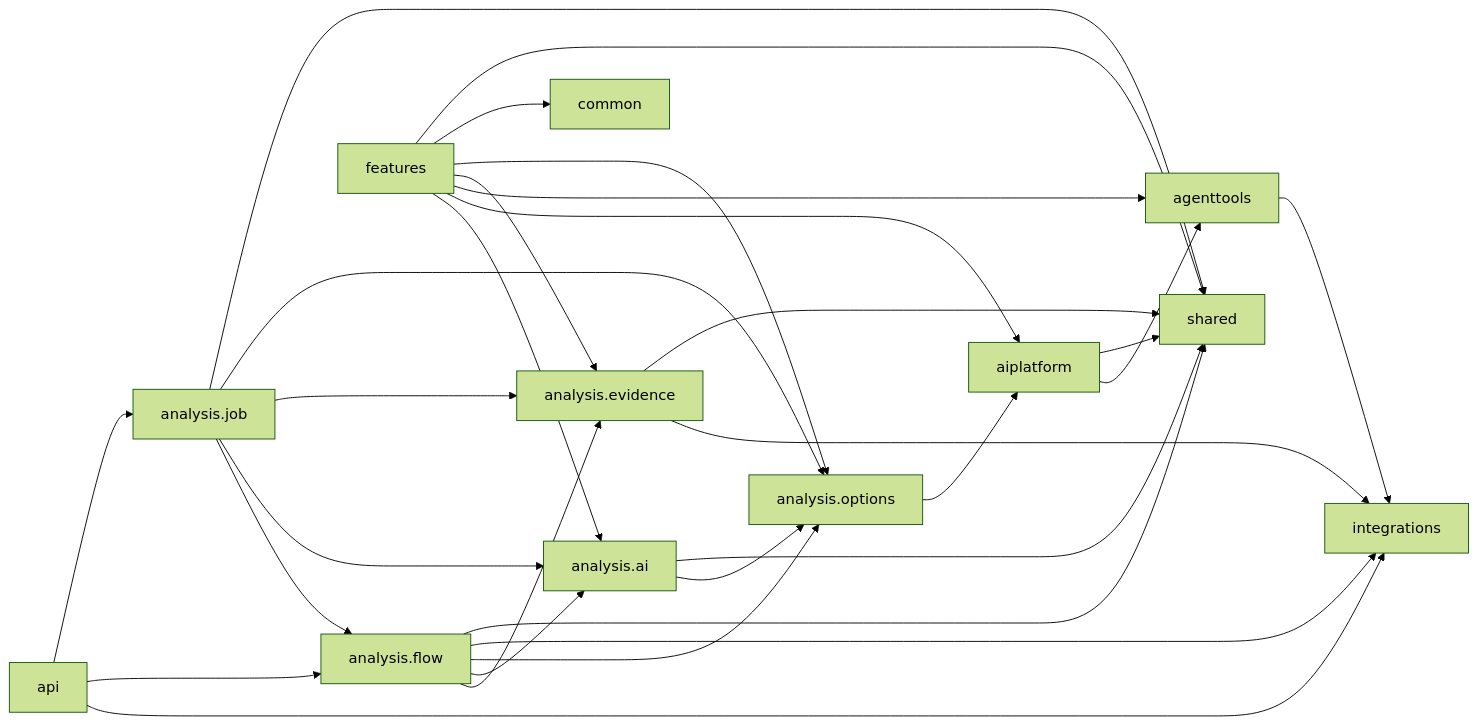
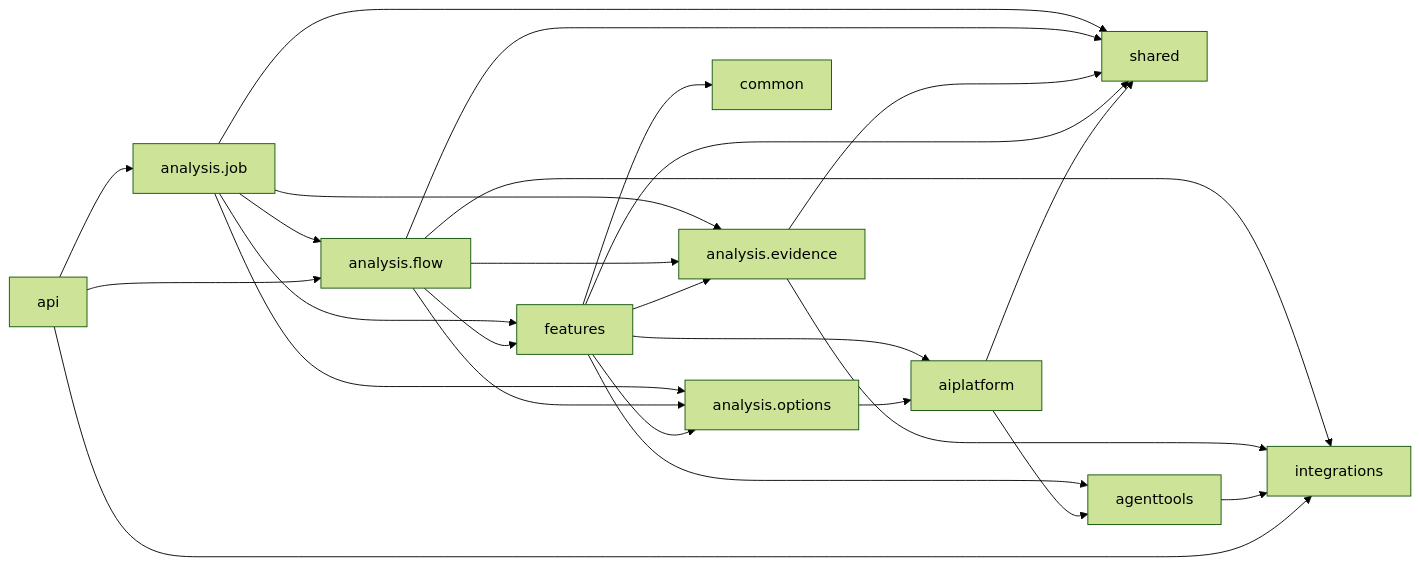
The second of 2 diagrams in docs/architecture/05-package-dependencies.md (herald-assistant/incident-tracker), drawn with Mermaid (forest theme) before and after one commit. The commit also changed other lines of this file and 66 other files, not shown here.

````diff
--- a/docs/architecture/05-package-dependencies.md
+++ b/docs/architecture/05-package-dependencies.md
@@ -140,39 +141,35 @@
 ```mermaid
 flowchart LR
     JOB["analysis.job"] --> FLOW["analysis.flow"]
-    JOB --> AI["analysis.ai"]
+    JOB --> FEATURES["features"]
     JOB --> EVIDENCE["analysis.evidence"]
     JOB --> OPTIONS["analysis.options"]
     JOB --> SHARED["shared"]
 
     FLOW --> EVIDENCE
-    FLOW --> AI
+    FLOW --> FEATURES
     FLOW --> OPTIONS
     FLOW --> INTEGRATIONS["integrations"]
     FLOW --> SHARED
 
     EVIDENCE --> INTEGRATIONS["integrations"]
     EVIDENCE --> SHARED
 
-    FEATURES["features"] --> AI
     FEATURES --> AIPLATFORM["aiplatform"]
     FEATURES --> AGENTTOOLS["agenttools"]
     FEATURES --> EVIDENCE
     FEATURES --> OPTIONS
     FEATURES --> COMMON["common"]
     FEATURES --> SHARED
-
-    AI --> OPTIONS
-    AI --> SHARED
 
     OPTIONS --> AIPLATFORM["aiplatform"]
 
     AIPLATFORM --> AGENTTOOLS
     AIPLATFORM --> SHARED
 
     AGENTTOOLS --> INTEGRATIONS
 
     API["api"] --> INTEGRATIONS
     API --> FLOW
     API --> JOB
 ```
````
